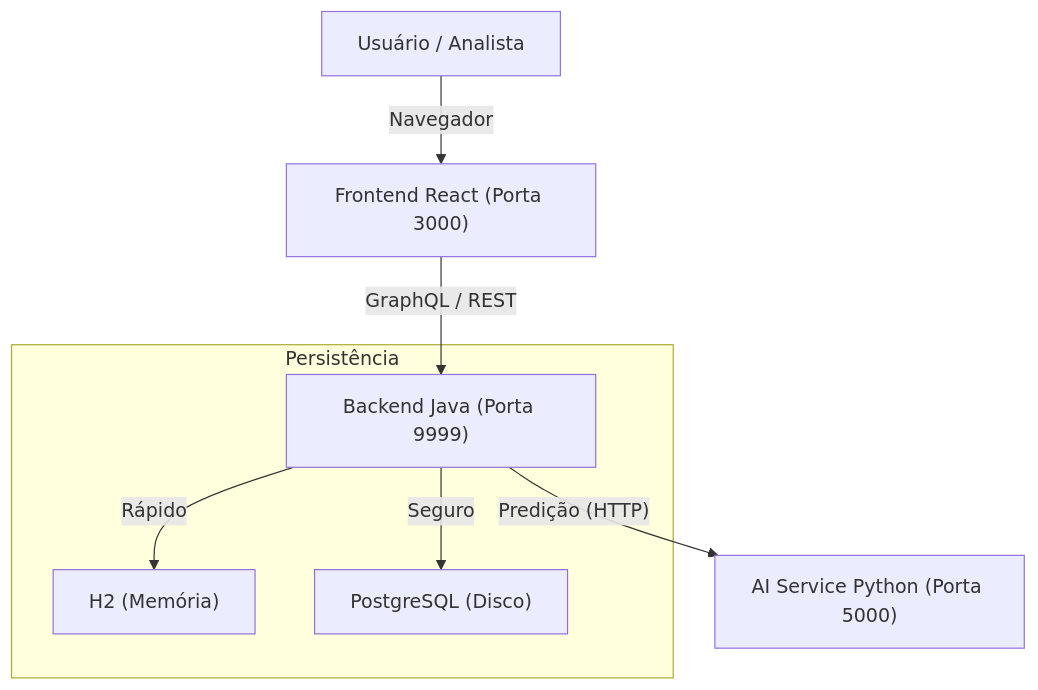
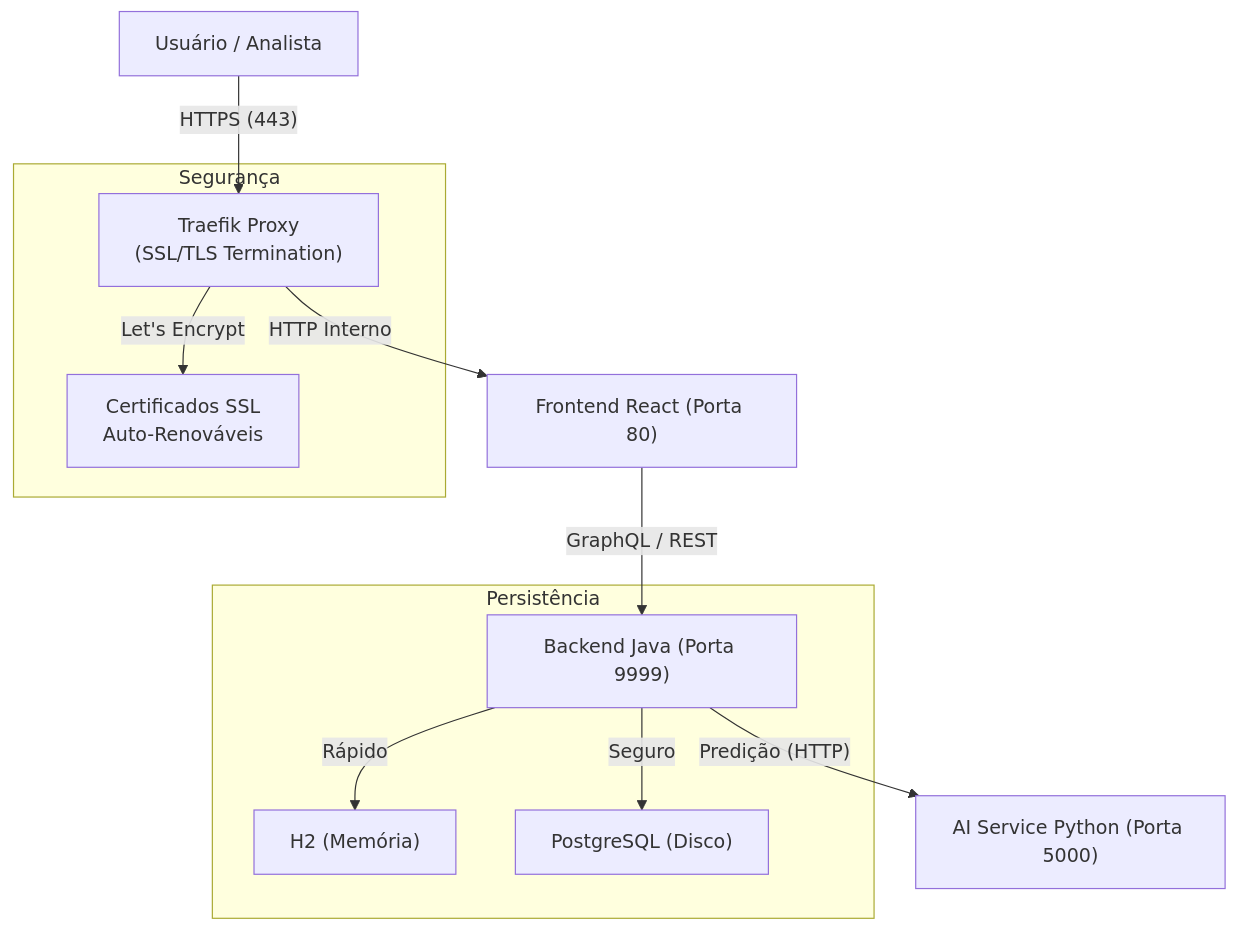
The diagram in README.md (rafaelreisramos/ML-API-REST-HIBRIDA-HACKATHON-ONE-8), drawn with Mermaid before and after one commit. The commit also changed other lines of this file and 6 other files, not shown here.

````diff
--- a/README.md
+++ b/README.md
@@ -98,11 +130,16 @@
 ```mermaid
 graph TD
-    User["Usuário / Analista"] -->|Navegador| UI["Frontend React (Porta 3000)"]
+    User["Usuário / Analista"] -->|"HTTPS (443)"| Traefik["Traefik Proxy<br/>(SSL/TLS Termination)"]
+    Traefik -->|"HTTP Interno"| UI["Frontend React (Porta 80)"]
     UI -->|"GraphQL / REST"| API["Backend Java (Porta 9999)"]
     API -->|"Predição (HTTP)"| AI["AI Service Python (Porta 5000)"]
     
     subgraph "Persistência"
     API -->|"Rápido"| H2["H2 (Memória)"]
-    API -->|" Seguro"| PG["PostgreSQL (Disco)"]
+    API -->|"Seguro"| PG["PostgreSQL (Disco)"]
+    end
+    
+    subgraph "Segurança"
+    Traefik -->|"Let's Encrypt"| SSL["Certificados SSL<br/>Auto-Renováveis"]
     end
 ```
````
